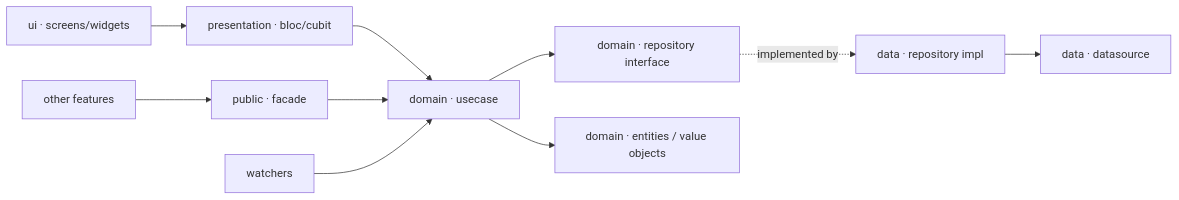
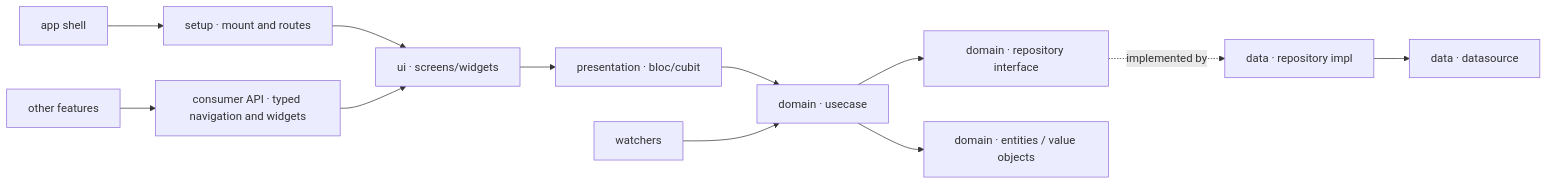
The diagram in ARCHITECTURE.md (SatoshiPortal/bullbitcoin-mobile), drawn with Mermaid before and after one commit. The commit also changed other lines of this file, not shown here.

Commit message:
docs(architecture): describe member capability APIs

````diff
--- a/ARCHITECTURE.md
+++ b/ARCHITECTURE.md
@@ -252,12 +246,14 @@
 ```mermaid
 graph LR
     UI[ui · screens/widgets] --> P[presentation · bloc/cubit]
-    OF[other features] --> F[public · facade]
+    S[app shell] --> M[setup · mount and routes]
+    OF[other features] --> API[consumer API · typed navigation and widgets]
+    M --> UI
+    API --> UI
     P --> UC[domain · usecase]
-    F --> UC
     W[watchers] --> UC
     UC --> R[domain · repository interface]
     UC --> E[domain · entities / value objects]
     R -.implemented by.-> IMPL[data · repository impl]
     IMPL --> DS[data · datasource]
 ```
````
